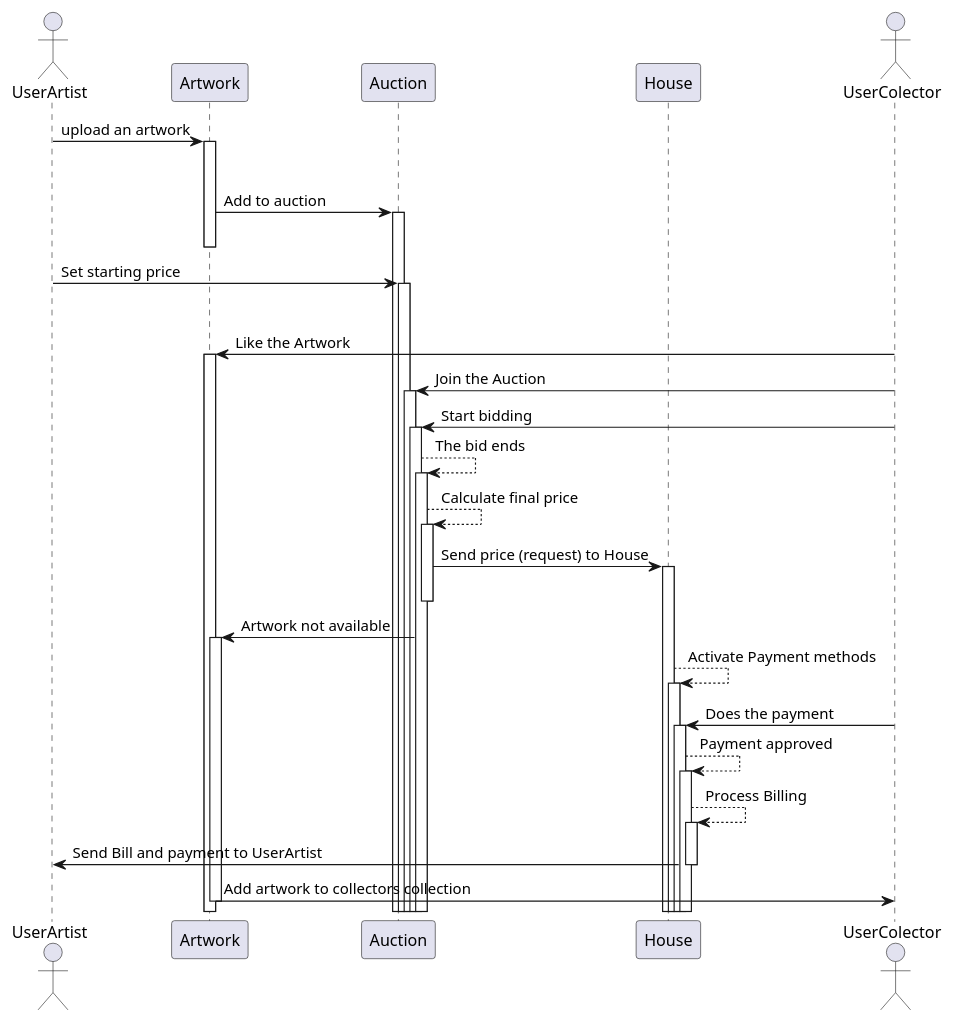
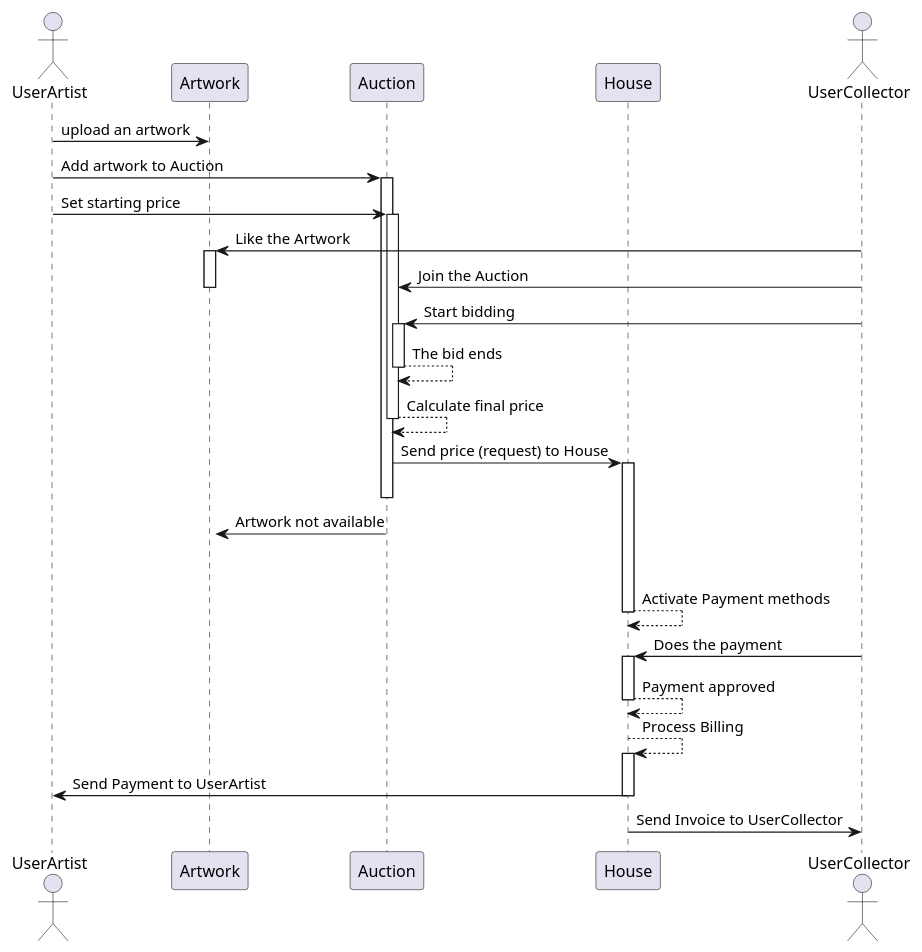
Before and after one commit to s-ferrer/bunchart: the diagram in architecture/sequence.puml, drawn with PlantUML. The commit also changed 2 other files, not shown here.

Commit message:
Add Architecture folder and files

```diff
--- a/architecture/sequence.puml
+++ b/architecture/sequence.puml
@@ -1,61 +1,59 @@
 @startuml Bunchart sequence Diagram
 
 actor UserArtist
 participant "Artwork" as A
 participant "Auction" as B
 participant "House" as C
-actor UserColector
+actor UserCollector
 
 UserArtist -> A: upload an artwork
-activate A
-deactivate UserArtist
+deactivate A
 
-A -> B: Add to auction
+UserArtist -> B: Add artwork to Auction
 activate B
-deactivate A
 
 UserArtist -> B: Set starting price
 activate B
-deactivate  UserArtist
 
-UserColector -> A: Like the Artwork
+UserCollector -> A: Like the Artwork
 activate A
 
-UserColector -> B: Join the Auction
-activate B
+UserCollector -> B: Join the Auction
+deactivate A
 
-UserColector -> B: Start bidding
+UserCollector -> B: Start bidding
 activate B
 
 B --> B: The bid ends
-activate B
+deactivate B
 
 B --> B: Calculate final price
-activate B
+deactivate B
 
 B -> C: Send price (request) to House
 activate C
 deactivate B
 
 B -> A: Artwork not available
 activate A
+deactivate B
 
 C --> C: Activate Payment methods
-activate C
+deactivate C
 
-UserColector -> C: Does the payment
+UserCollector -> C: Does the payment
 activate C
 
 C --> C: Payment approved
-activate C
+deactivate C
 
 C --> C : Process Billing
 activate C
 
-C -> UserArtist : Send Bill and payment to UserArtist
+C -> UserArtist : Send Payment to UserArtist
 deactivate C
 
-A -> UserColector: Add artwork to collectors collection
-deactivate A
+C -> UserCollector : Send Invoice to UserCollector
+deactivate C
 
 @enduml
```
